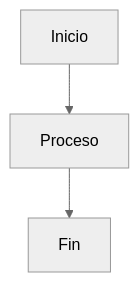
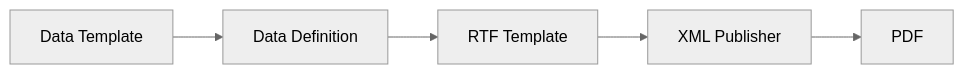
Before and after one commit to andrexamarin/oracle-kb: the third of 3 diagrams in docs/03_ebs/data_templates.md, drawn with Mermaid (neutral theme). The commit also changed other lines of this file, not shown here.

````diff
--- a/docs/03_ebs/data_templates.md
+++ b/docs/03_ebs/data_templates.md
@@ -15,5 +220,18 @@
 ```mermaid
-flowchart TD
-A[Inicio] --> B[Proceso]
-B --> C[Fin]
+flowchart LR
+
+DT[Data Template]
+
+DD[Data Definition]
+
+RTF[RTF Template]
+
+XMLP[XML Publisher]
+
+PDF[PDF]
+
+DT --> DD
+DD --> RTF
+RTF --> XMLP
+XMLP --> PDF
 ```
````
